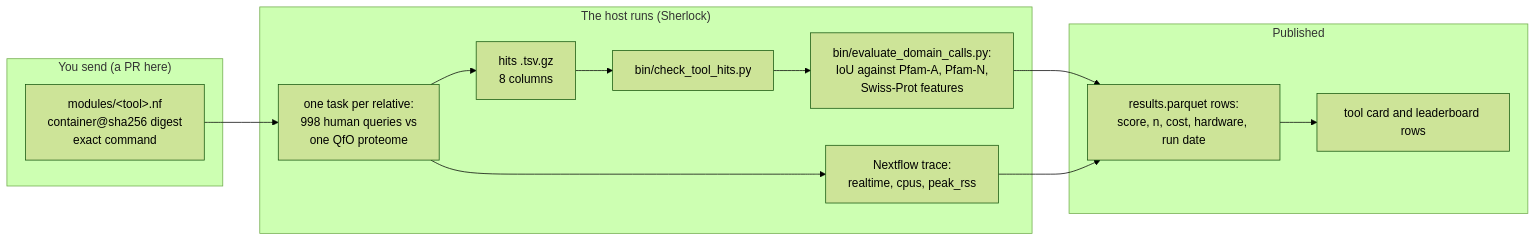
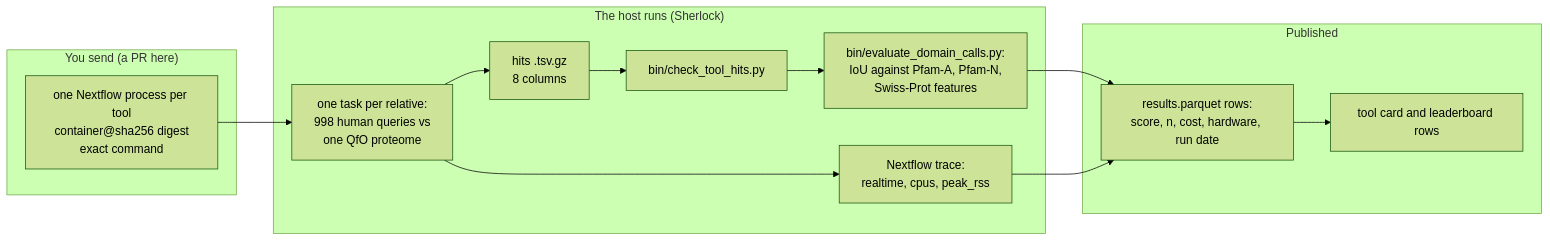
The diagram in CONTRIBUTING.md (seanome/2024-kmerseek-analysis), drawn with Mermaid (forest theme) before and after one commit. The commit also changed other lines of this file and 2 other files, not shown here.

````diff
--- a/CONTRIBUTING.md
+++ b/CONTRIBUTING.md
@@ -11,20 +12,20 @@
 ```mermaid
 flowchart LR
   subgraph you["You send (a PR here)"]
-    M["modules/&lt;tool&gt;.nf<br/>container@sha256 digest<br/>exact command"]
+    M["one Nextflow process per tool<br/>container@sha256 digest<br/>exact command"]
   end
   subgraph host["The host runs (Sherlock)"]
     R["one task per relative:<br/>998 human queries vs<br/>one QfO proteome"]
     T["Nextflow trace:<br/>realtime, cpus, peak_rss"]
     H["hits .tsv.gz<br/>8 columns"]
     C["bin/check_tool_hits.py"]
     S["bin/evaluate_domain_calls.py:<br/>IoU against Pfam-A, Pfam-N,<br/>Swiss-Prot features"]
   end
   subgraph out["Published"]
     P["results.parquet rows:<br/>score, n, cost, hardware, run date"]
     W["tool card and leaderboard rows"]
   end
   M --> R
   R --> H --> C --> S --> P --> W
   R --> T --> P
 ```
````
